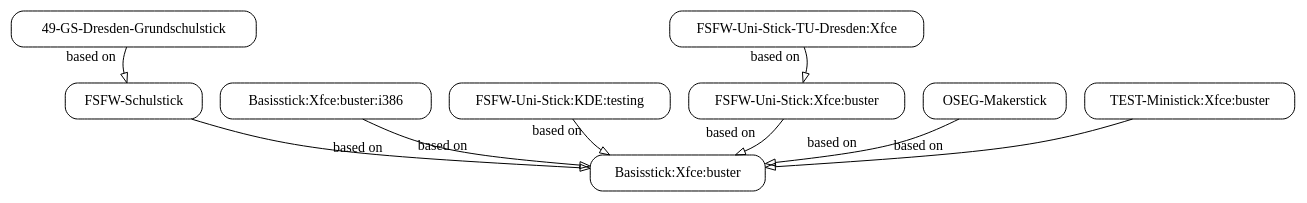
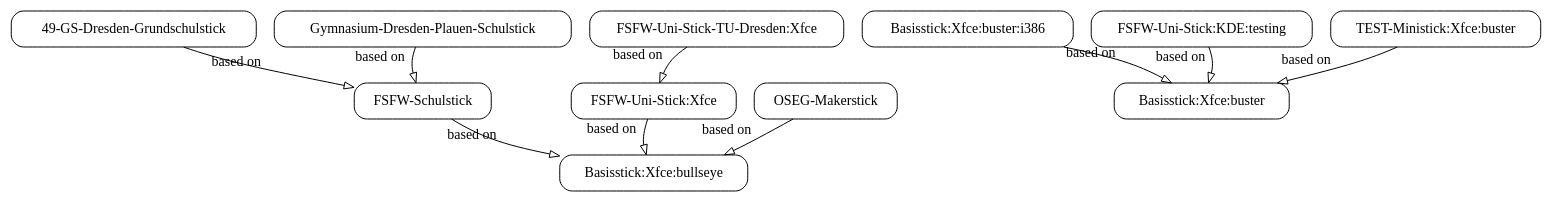
One commit to fsfw-dresden/usb-live-linux changed the diagram in variants.build/features.adoc. Above: the diagram before and after it, drawn with Graphviz. The commit also changed other lines of this file and 4 other files, not shown here.

```diff
--- a/variants.build/features.adoc
+++ b/variants.build/features.adoc
@@ -53,21 +53,22 @@
 [graphviz, build-variant-inheritance.png, dot]
 -------
 digraph build_variants {
   splines=curved;
   node [
     shape = box,
     style = rounded
   ];
   edge [
     arrowhead = empty
   ];
   "49-GS-Dresden-Grundschulstick" -> "FSFW-Schulstick" [ xlabel = "based on" ];
   "Basisstick:Xfce:buster:i386" -> "Basisstick:Xfce:buster" [ xlabel = "based on" ];
-  "FSFW-Schulstick" -> "Basisstick:Xfce:buster" [ xlabel = "based on" ];
+  "FSFW-Schulstick" -> "Basisstick:Xfce:bullseye" [ xlabel = "based on" ];
   "FSFW-Uni-Stick:KDE:testing" -> "Basisstick:Xfce:buster" [ xlabel = "based on" ];
-  "FSFW-Uni-Stick-TU-Dresden:Xfce" -> "FSFW-Uni-Stick:Xfce:buster" [ xlabel = "based on" ];
-  "FSFW-Uni-Stick:Xfce:buster" -> "Basisstick:Xfce:buster" [ xlabel = "based on" ];
-  "OSEG-Makerstick" -> "Basisstick:Xfce:buster" [ xlabel = "based on" ];
+  "FSFW-Uni-Stick-TU-Dresden:Xfce" -> "FSFW-Uni-Stick:Xfce" [ xlabel = "based on" ];
+  "FSFW-Uni-Stick:Xfce" -> "Basisstick:Xfce:bullseye" [ xlabel = "based on" ];
+  "Gymnasium-Dresden-Plauen-Schulstick" -> "FSFW-Schulstick" [ xlabel = "based on" ];
+  "OSEG-Makerstick" -> "Basisstick:Xfce:bullseye" [ xlabel = "based on" ];
   "TEST-Ministick:Xfce:buster" -> "Basisstick:Xfce:buster" [ xlabel = "based on" ];
 }
 -------
```
